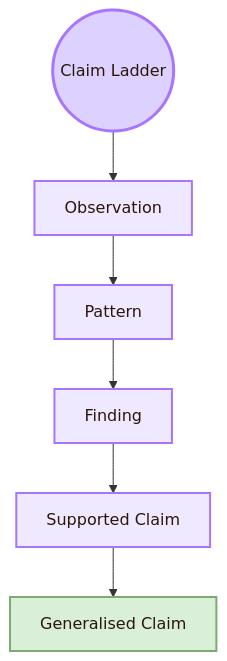
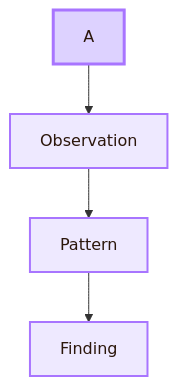
Before and after one commit to andreitegzes06-ui/CogniShire: diagram 13 of 14 in 01_Core_Area_HCI/001_Subareas/03_Evaluating_the_Design/Activities/Theory.md, drawn with Mermaid. The commit also changed other lines of this file and 131 other files, not shown here.

````diff
--- a/01_Core_Area_HCI/001_Subareas/03_Evaluating_the_Design/Activities/Theory.md
+++ b/01_Core_Area_HCI/001_Subareas/03_Evaluating_the_Design/Activities/Theory.md
@@ -497,18 +480,15 @@
 ```mermaid
 flowchart TB
-    A((Claim Ladder))
 
     A --> B[Observation]
     B --> C[Pattern]
     C --> D[Finding]
-    D --> E[Supported Claim]
-    E --> F[Generalised Claim]
 
     classDef center fill:#ddd2ff,stroke:#a875ff,color:#2b160b,stroke-width:3px;
     classDef node fill:#eee9ff,stroke:#a875ff,color:#2b160b,stroke-width:2px;
     classDef final fill:#d9efd7,stroke:#7cab72,color:#2b160b,stroke-width:2px;
 
     class A center;
     class B,C,D,E node;
     class F final;
 ```
````
